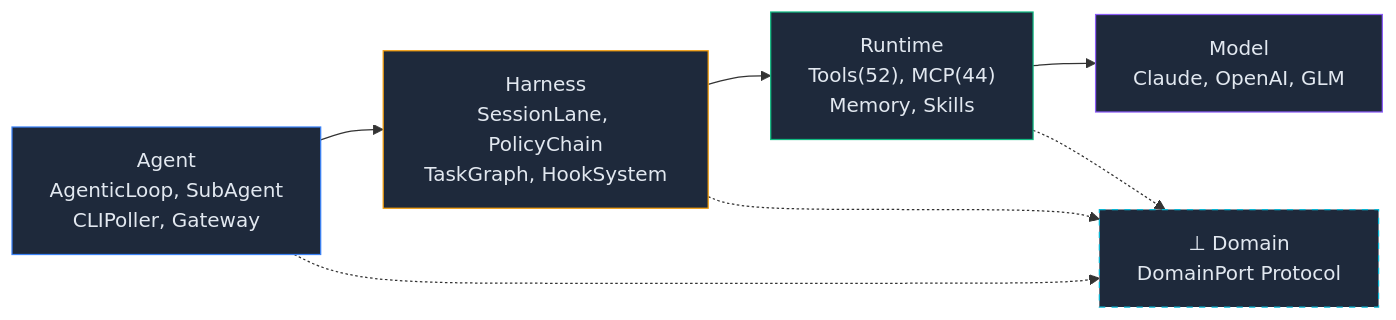
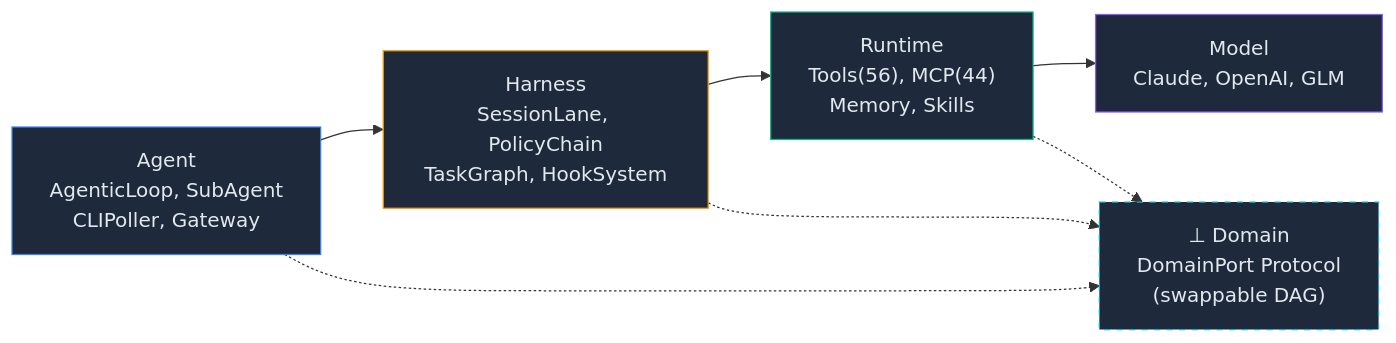
The diagram in README.md (mangowhoiscloud/geode), drawn with Mermaid before and after one commit. The commit also changed other lines of this file and 1 other file, not shown here.

First line of the commit message:
docs: README onboarding rewrite — subscription-first, troubleshooting inline, swappable DAG framing

````diff
--- a/README.md
+++ b/README.md
@@ -248,16 +264,16 @@
 ```mermaid
 graph LR
     AG["Agent<br/>AgenticLoop, SubAgent<br/>CLIPoller, Gateway"] --> HA["Harness<br/>SessionLane, PolicyChain<br/>TaskGraph, HookSystem"]
-    HA --> RT["Runtime<br/>Tools(52), MCP(44)<br/>Memory, Skills"]
+    HA --> RT["Runtime<br/>Tools(56), MCP(44)<br/>Memory, Skills"]
     RT --> MD["Model<br/>Claude, OpenAI, GLM"]
 
-    AG -.-> DP["⊥ Domain<br/>DomainPort Protocol"]
+    AG -.-> DP["⊥ Domain<br/>DomainPort Protocol<br/>(swappable DAG)"]
     HA -.-> DP
     RT -.-> DP
 
     style AG fill:#1e293b,stroke:#3b82f6,color:#e2e8f0
     style HA fill:#1e293b,stroke:#f59e0b,color:#e2e8f0
     style RT fill:#1e293b,stroke:#10b981,color:#e2e8f0
     style MD fill:#1e293b,stroke:#8b5cf6,color:#e2e8f0
     style DP fill:#1e293b,stroke:#06b6d4,color:#e2e8f0,stroke-dasharray: 5 5
 ```
````
